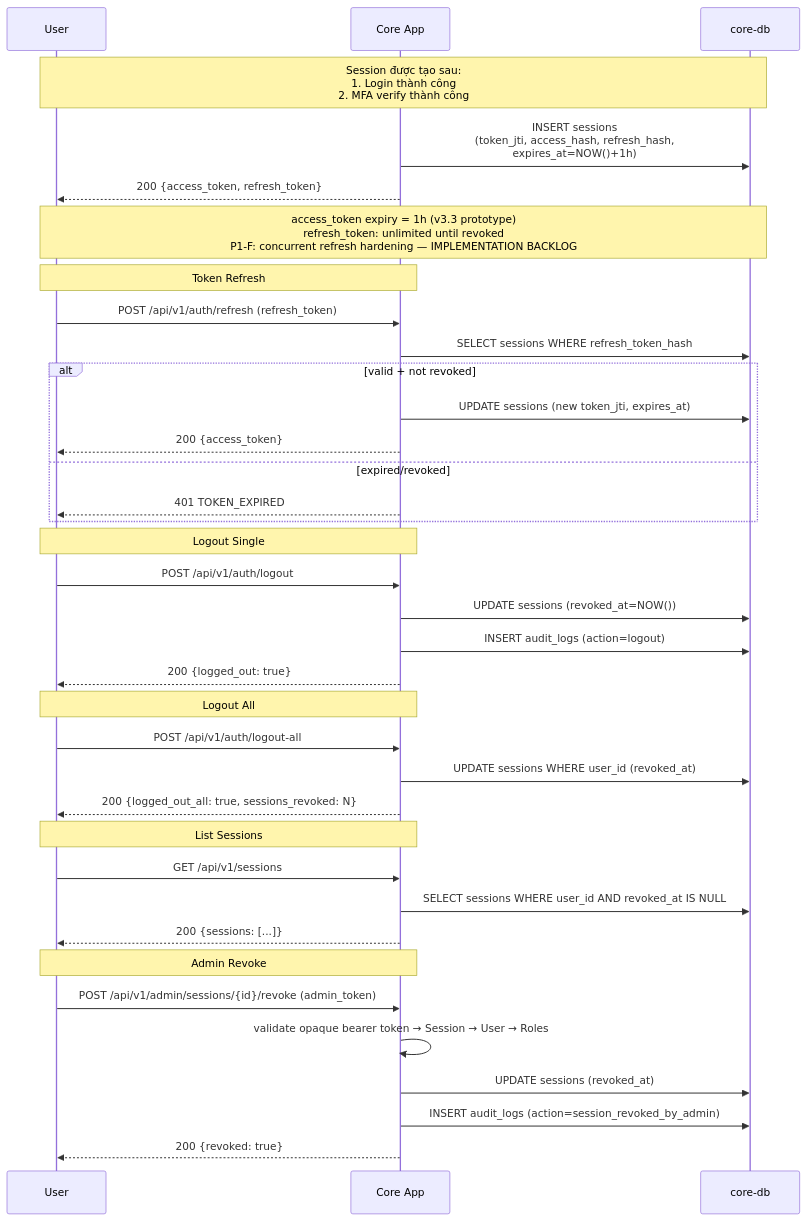
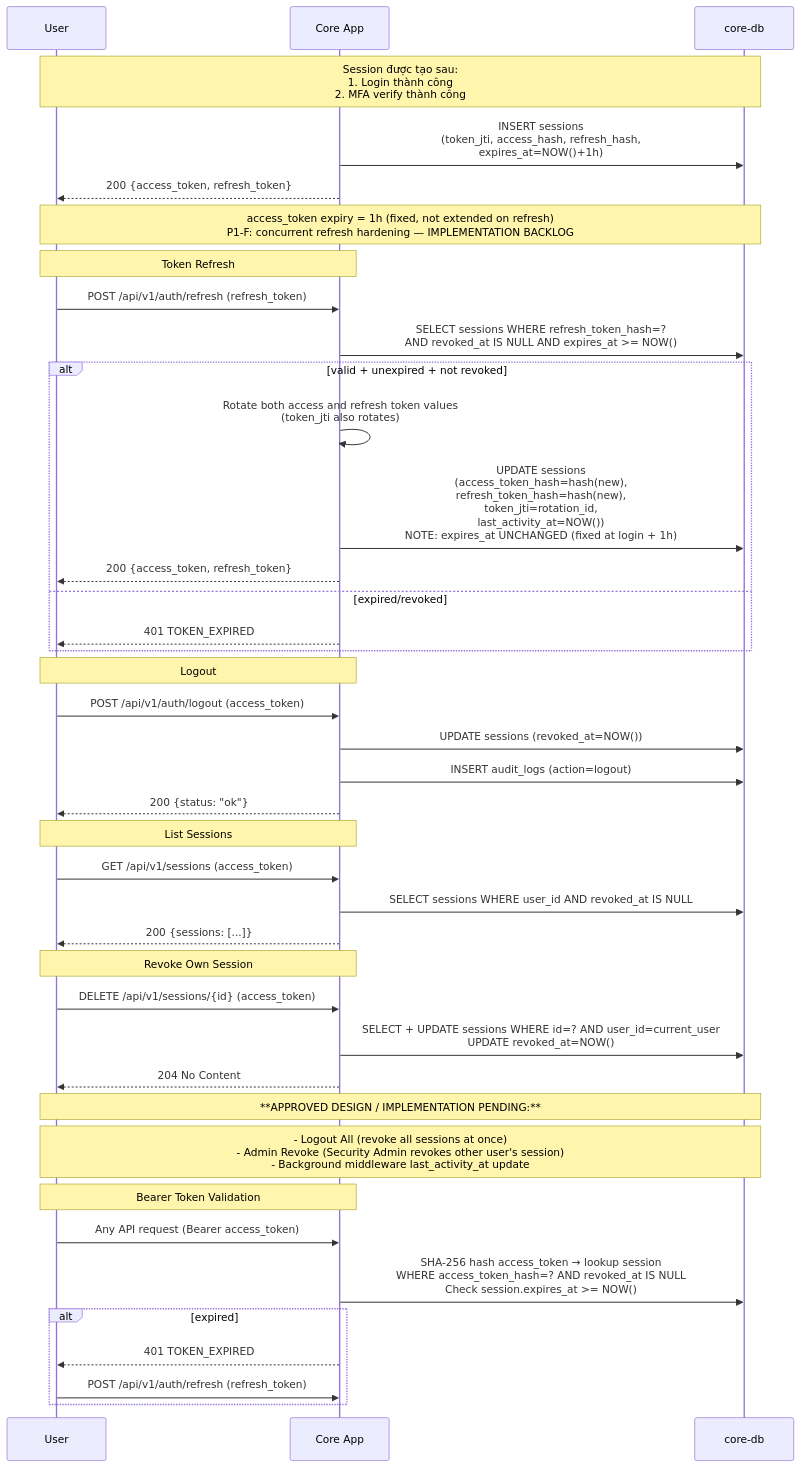
One commit to Albert-Tuan/sentinel-auth changed the sixth of 6 diagrams in docs/workflows.mmd. Above: the diagram before and after it, drawn with Mermaid. The commit also changed other lines of this file and 9 other files, not shown here.

````diff
--- a/docs/workflows.mmd
+++ b/docs/workflows.mmd
@@ -269,45 +269,50 @@
 ```mermaid
 sequenceDiagram
     participant U as User
     participant CA as Core App
     participant CDB as core-db
 
     Note over U,CDB: Session được tạo sau:<br/>1. Login thành công<br/>2. MFA verify thành công
 
     CA->>CDB: INSERT sessions<br/>(token_jti, access_hash, refresh_hash,<br/>expires_at=NOW()+1h)
     CA-->>U: 200 {access_token, refresh_token}
-    Note over U,CDB: access_token expiry = 1h (v3.3 prototype)<br/>refresh_token: unlimited until revoked<br/>P1-F: concurrent refresh hardening — IMPLEMENTATION BACKLOG
+    Note over U,CDB: access_token expiry = 1h (fixed, not extended on refresh)<br/>P1-F: concurrent refresh hardening — IMPLEMENTATION BACKLOG
 
     Note over U,CA: Token Refresh
     U->>CA: POST /api/v1/auth/refresh (refresh_token)
-    CA->>CDB: SELECT sessions WHERE refresh_token_hash
-    alt valid + not revoked
-        CA->>CDB: UPDATE sessions (new token_jti, expires_at)
-        CA-->>U: 200 {access_token}
+    CA->>CDB: SELECT sessions WHERE refresh_token_hash=?<br/>AND revoked_at IS NULL AND expires_at >= NOW()
+    alt valid + unexpired + not revoked
+        CA->>CA: Rotate both access and refresh token values<br/>(token_jti also rotates)
+        CA->>CDB: UPDATE sessions<br/>(access_token_hash=hash(new),<br/>refresh_token_hash=hash(new),<br/>token_jti=rotation_id,<br/>last_activity_at=NOW())<br/>NOTE: expires_at UNCHANGED (fixed at login + 1h)
+        CA-->>U: 200 {access_token, refresh_token}
     else expired/revoked
         CA-->>U: 401 TOKEN_EXPIRED
     end
 
-    Note over U,CA: Logout Single
-    U->>CA: POST /api/v1/auth/logout
+    Note over U,CA: Logout
+    U->>CA: POST /api/v1/auth/logout (access_token)
     CA->>CDB: UPDATE sessions (revoked_at=NOW())
     CA->>CDB: INSERT audit_logs (action=logout)
-    CA-->>U: 200 {logged_out: true}
-
-    Note over U,CA: Logout All
-    U->>CA: POST /api/v1/auth/logout-all
-    CA->>CDB: UPDATE sessions WHERE user_id (revoked_at)
-    CA-->>U: 200 {logged_out_all: true, sessions_revoked: N}
+    CA-->>U: 200 {status: "ok"}
 
     Note over U,CA: List Sessions
-    U->>CA: GET /api/v1/sessions
+    U->>CA: GET /api/v1/sessions (access_token)
     CA->>CDB: SELECT sessions WHERE user_id AND revoked_at IS NULL
     CA-->>U: 200 {sessions: [...]}
 
-    Note over U,CA: Admin Revoke
-    U->>CA: POST /api/v1/admin/sessions/{id}/revoke (admin_token)
-    CA->>CA: validate opaque bearer token → Session → User → Roles
-    CA->>CDB: UPDATE sessions (revoked_at)
-    CA->>CDB: INSERT audit_logs (action=session_revoked_by_admin)
-    CA-->>U: 200 {revoked: true}
+    Note over U,CA: Revoke Own Session
+    U->>CA: DELETE /api/v1/sessions/{id} (access_token)
+    CA->>CDB: SELECT + UPDATE sessions WHERE id=? AND user_id=current_user<br/>UPDATE revoked_at=NOW()
+    CA-->>U: 204 No Content
+
+    Note over U,CDB: **APPROVED DESIGN / IMPLEMENTATION PENDING:**
+    Note over U,CDB: - Logout All (revoke all sessions at once)<br/>- Admin Revoke (Security Admin revokes other user's session)<br/>- Background middleware last_activity_at update
+
+    Note over U,CA: Bearer Token Validation
+    U->>CA: Any API request (Bearer access_token)
+    CA->>CDB: SHA-256 hash access_token → lookup session<br/>WHERE access_token_hash=? AND revoked_at IS NULL<br/>Check session.expires_at >= NOW()
+    alt expired
+        CA-->>U: 401 TOKEN_EXPIRED
+        U->>CA: POST /api/v1/auth/refresh (refresh_token)
+    end
 ```
````
